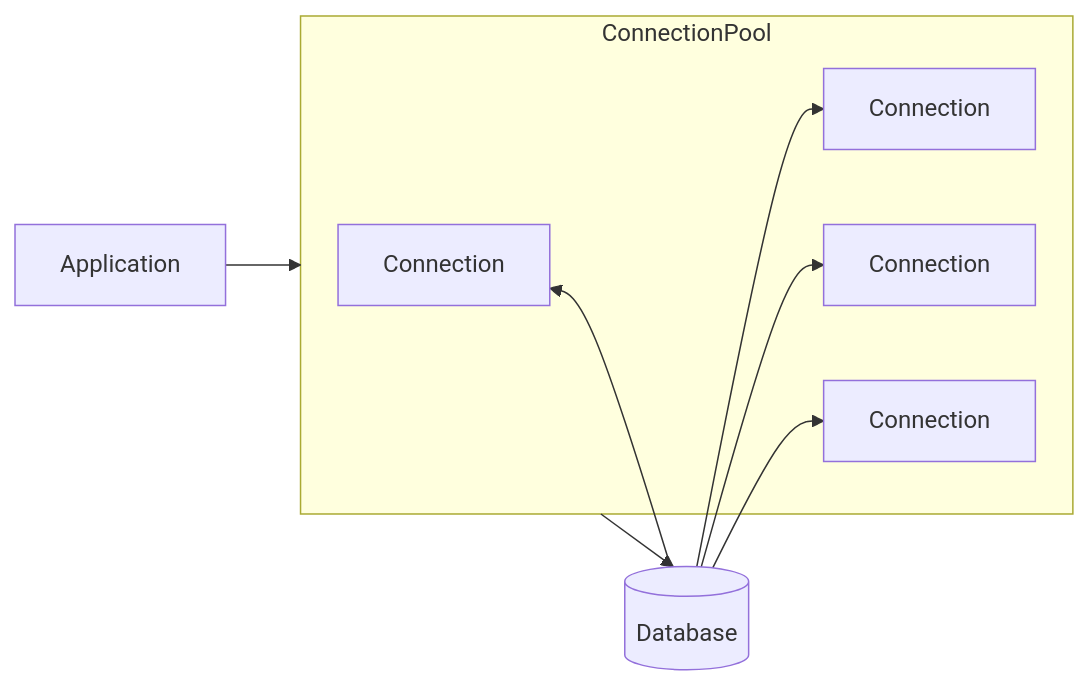
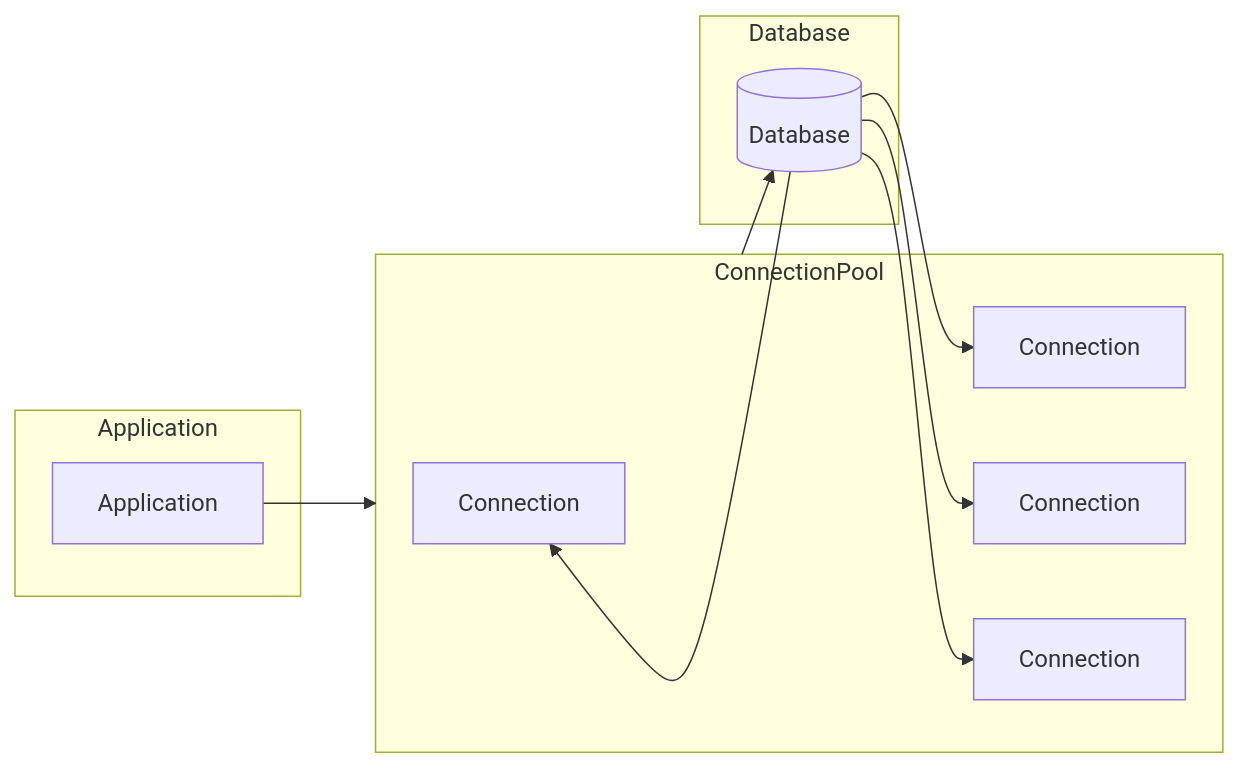
Before and after one commit to benggri/study: the diagram in application/db/connection_pool.md, drawn with Mermaid.

````diff
--- a/application/db/connection_pool.md
+++ b/application/db/connection_pool.md
@@ -3,17 +3,21 @@
 ```mermaid
 flowchart LR
-  APP[Application]
+  subgraph Application
+    APP[Application]
+  end
   subgraph ConnectionPool
     C1[Connection]
     C2[Connection]
     C3[Connection]
     C4[Connection]
   end
-  DB[(Database)]
+  subgraph Database
+    DB[(Database)]
+  end
   APP --> ConnectionPool
   ConnectionPool --> DB
   DB --> C1
   DB --> C2
   DB --> C3
   DB --> C4
 ```
````
